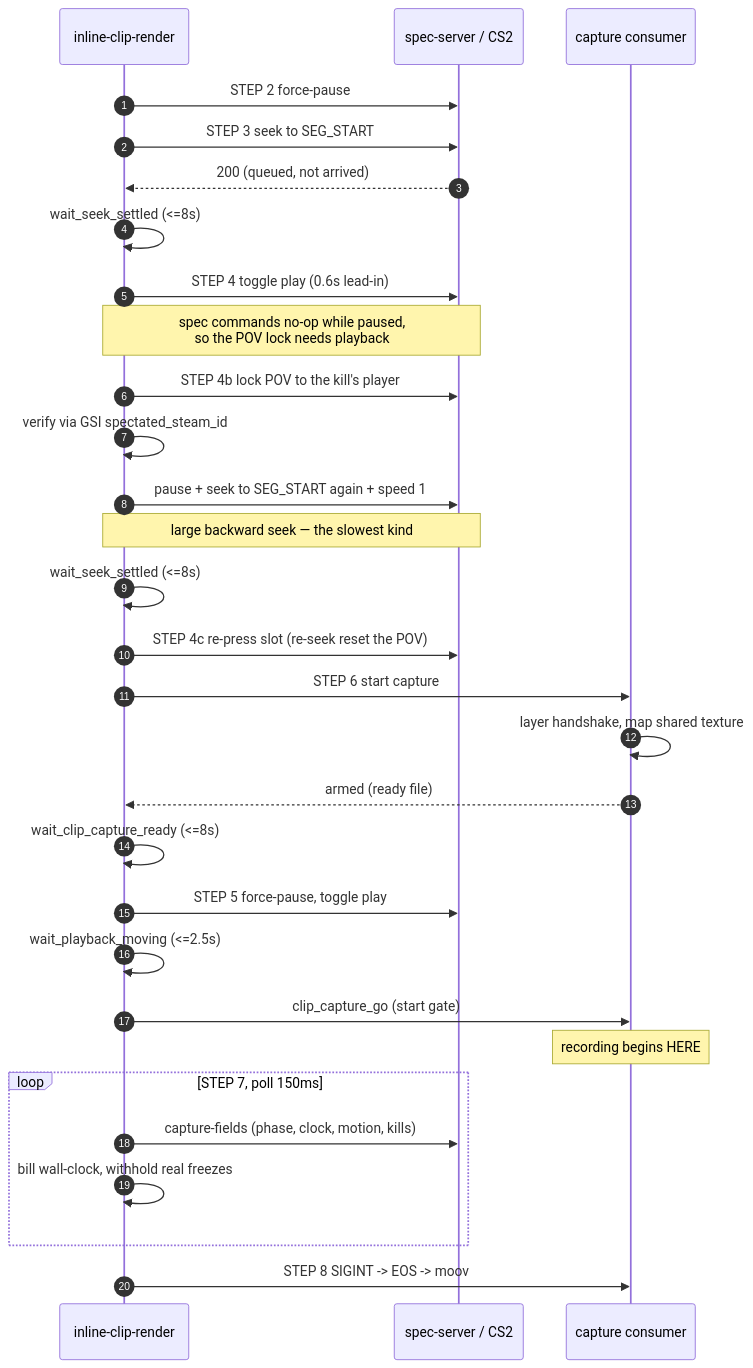
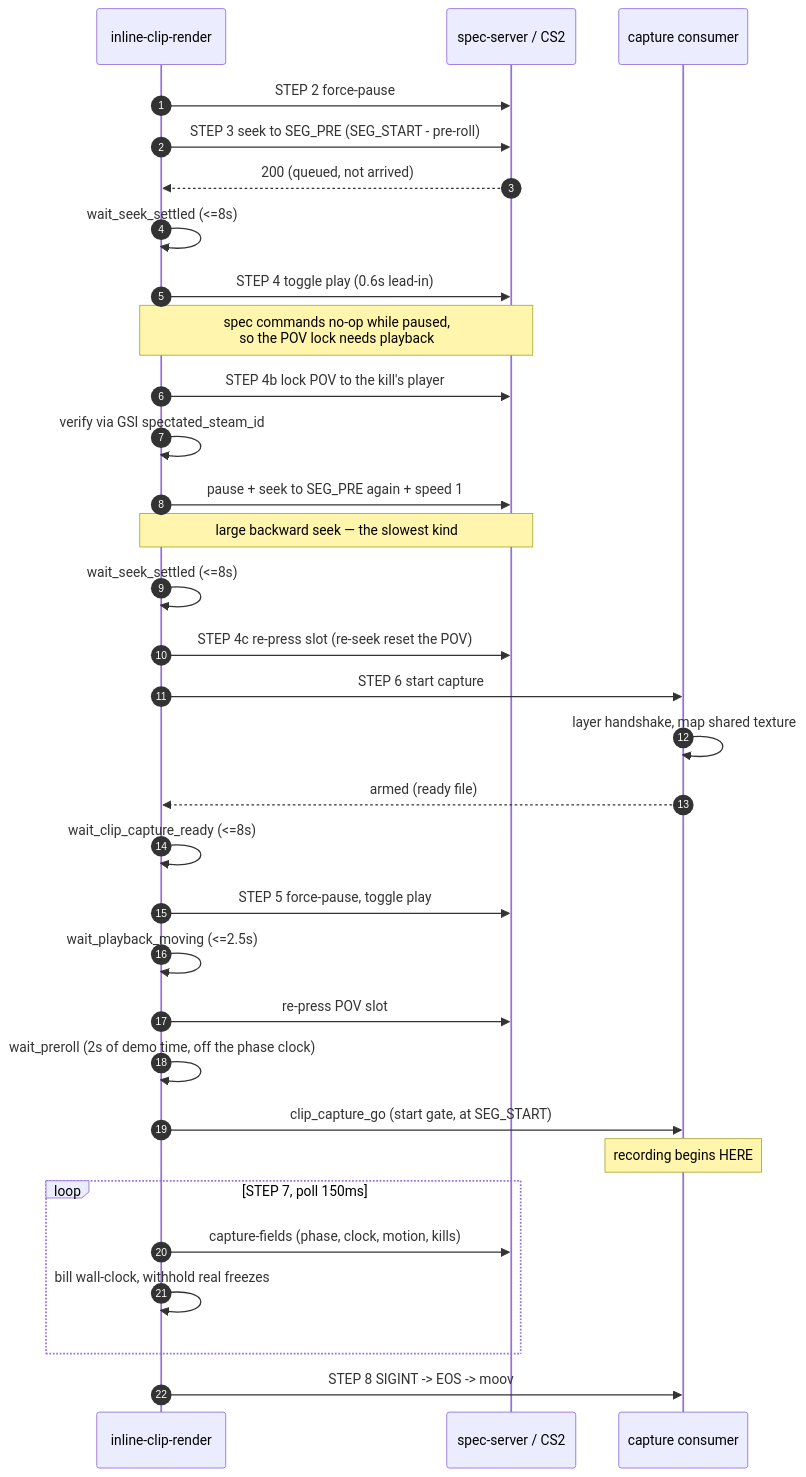
One commit to 5stackgg/game-streamer changed the second of 2 diagrams in docs/clip-render-pipeline.md. Above: the diagram before and after it, drawn with Mermaid. The commit also changed other lines of this file and 5 other files, not shown here.

````diff
--- a/docs/clip-render-pipeline.md
+++ b/docs/clip-render-pipeline.md
@@ -92,39 +92,41 @@
 ```mermaid
 sequenceDiagram
     autonumber
     participant R as inline-clip-render
     participant S as spec-server / CS2
     participant C as capture consumer
 
     R->>S: STEP 2 force-pause
-    R->>S: STEP 3 seek to SEG_START
+    R->>S: STEP 3 seek to SEG_PRE (SEG_START - pre-roll)
     S-->>R: 200 (queued, not arrived)
     R->>R: wait_seek_settled (<=8s)
 
     R->>S: STEP 4 toggle play (0.6s lead-in)
     Note over R,S: spec commands no-op while paused,<br/>so the POV lock needs playback
     R->>S: STEP 4b lock POV to the kill's player
     R->>R: verify via GSI spectated_steam_id
 
-    R->>S: pause + seek to SEG_START again + speed 1
+    R->>S: pause + seek to SEG_PRE again + speed 1
     Note over R,S: large backward seek — the slowest kind
     R->>R: wait_seek_settled (<=8s)
     R->>S: STEP 4c re-press slot (re-seek reset the POV)
 
     R->>C: STEP 6 start capture
     C->>C: layer handshake, map shared texture
     C-->>R: armed (ready file)
     R->>R: wait_clip_capture_ready (<=8s)
 
     R->>S: STEP 5 force-pause, toggle play
     R->>R: wait_playback_moving (<=2.5s)
-    R->>C: clip_capture_go (start gate)
+    R->>S: re-press POV slot
+    R->>R: wait_preroll (2s of demo time, off the phase clock)
+    R->>C: clip_capture_go (start gate, at SEG_START)
     Note over C: recording begins HERE
 
     loop STEP 7, poll 150ms
         R->>S: capture-fields (phase, clock, motion, kills)
         R->>R: bill wall-clock, withhold real freezes
     end
 
     R->>C: STEP 8 SIGINT -> EOS -> moov
 ```
````
